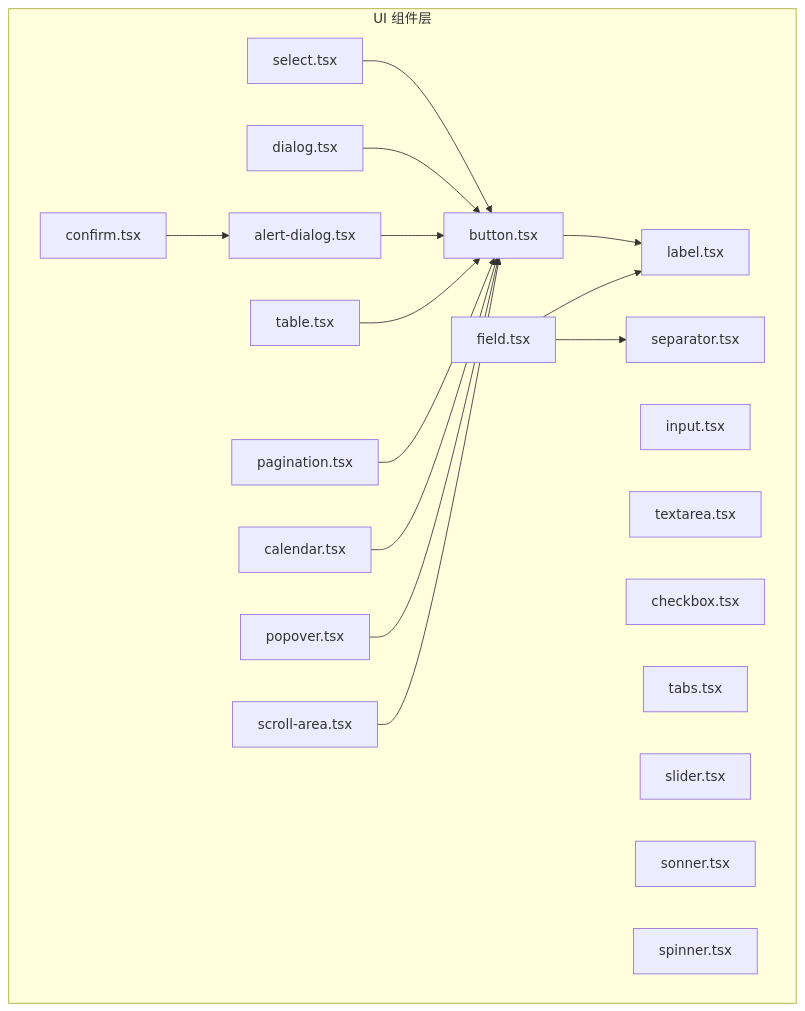
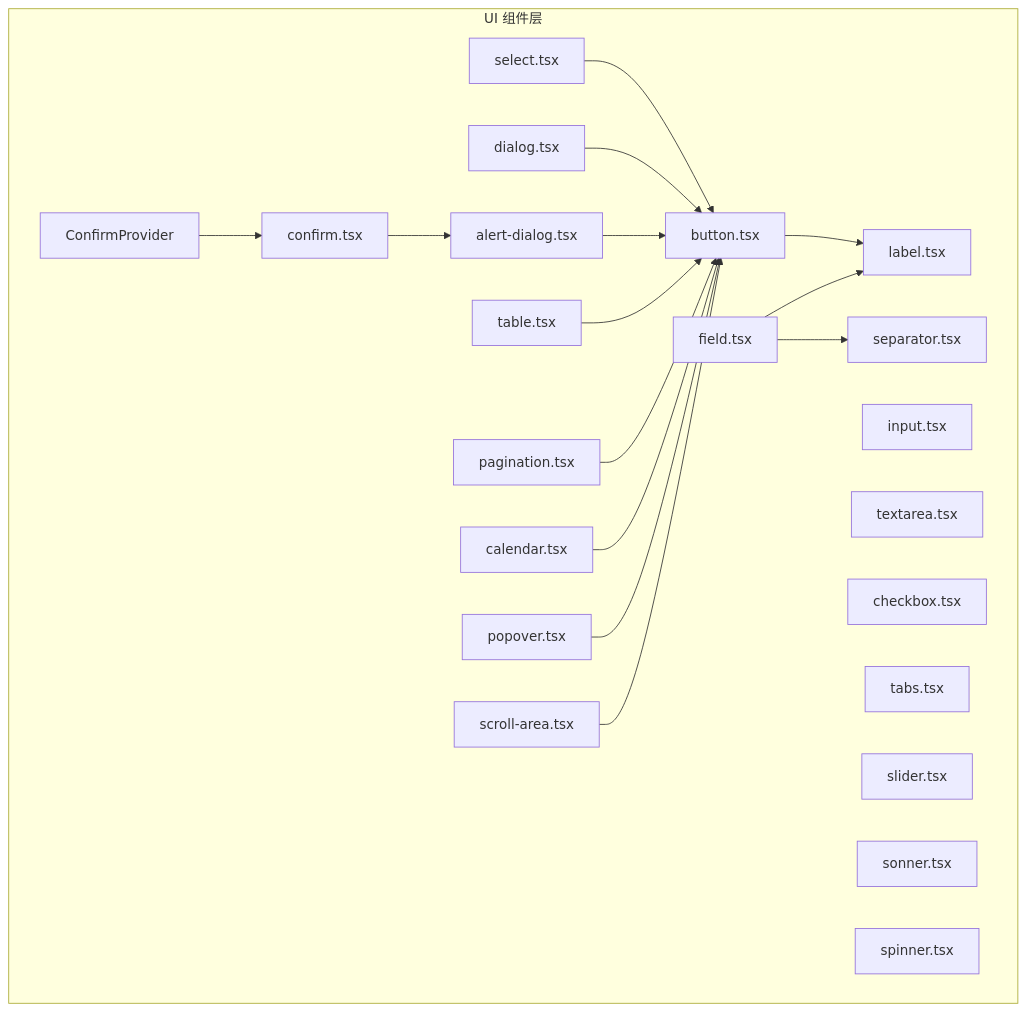
The first of 3 diagrams in .qoder/repowiki/zh/content/前端组件/UI 组件库.md (RadiumAg/AIGate), drawn with Mermaid before and after one commit. The commit also changed other lines of this file and 6 other files, not shown here.

````diff
--- a/.qoder/repowiki/zh/content/前端组件/UI 组件库.md
+++ b/.qoder/repowiki/zh/content/前端组件/UI 组件库.md
@@ -52,37 +54,39 @@
 ```mermaid
 graph TB
 subgraph "UI 组件层"
 BTN["button.tsx"]
 INP["input.tsx"]
 TXT["textarea.tsx"]
 CHK["checkbox.tsx"]
 SEL["select.tsx"]
 DLG["dialog.tsx"]
 TAB["tabs.tsx"]
 POP["popover.tsx"]
 SLI["slider.tsx"]
 SEP["separator.tsx"]
 SCR["scroll-area.tsx"]
 TBL["table.tsx"]
 PAG["pagination.tsx"]
 CAL["calendar.tsx"]
 LAB["label.tsx"]
 FLD["field.tsx"]
 SON["sonner.tsx"]
 SPI["spinner.tsx"]
 ALERT["alert-dialog.tsx"]
 CONFIRM["confirm.tsx"]
+PROVIDER["ConfirmProvider"]
 end
 BTN --> LAB
 SEL --> BTN
 DLG --> BTN
 ALERT --> BTN
 CONFIRM --> ALERT
+PROVIDER --> CONFIRM
 TBL --> BTN
 PAG --> BTN
 CAL --> BTN
 FLD --> LAB
 FLD --> SEP
 POP --> BTN
 SCR --> BTN
 ```
````
